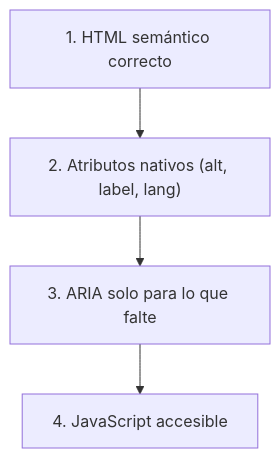
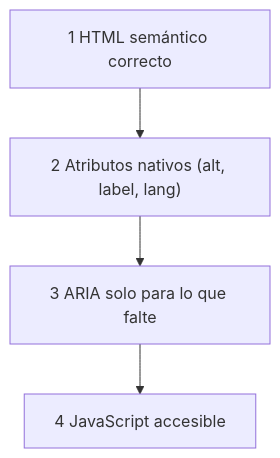
One commit to Pineapple-Mikael-Engineer/Frontend_Obsidian changed the diagram in HTML/10 Accesibilidad (A11Y)/01 HTML Semántico como Base.md. Above: the diagram before and after it, drawn with Mermaid. The commit also changed 14 other files, not shown here.

````diff
--- a/HTML/10 Accesibilidad (A11Y)/01 HTML Semántico como Base.md
+++ b/HTML/10 Accesibilidad (A11Y)/01 HTML Semántico como Base.md
@@ -51,6 +51,6 @@
 ```mermaid
 graph TD
-  A["1. HTML semántico correcto"] --> B["2. Atributos nativos (alt, label, lang)"]
-  B --> C["3. ARIA solo para lo que falte"]
-  C --> D["4. JavaScript accesible"]
+  A["1 HTML semántico correcto"] --> B["2 Atributos nativos (alt, label, lang)"]
+  B --> C["3 ARIA solo para lo que falte"]
+  C --> D["4 JavaScript accesible"]
 ```
````
